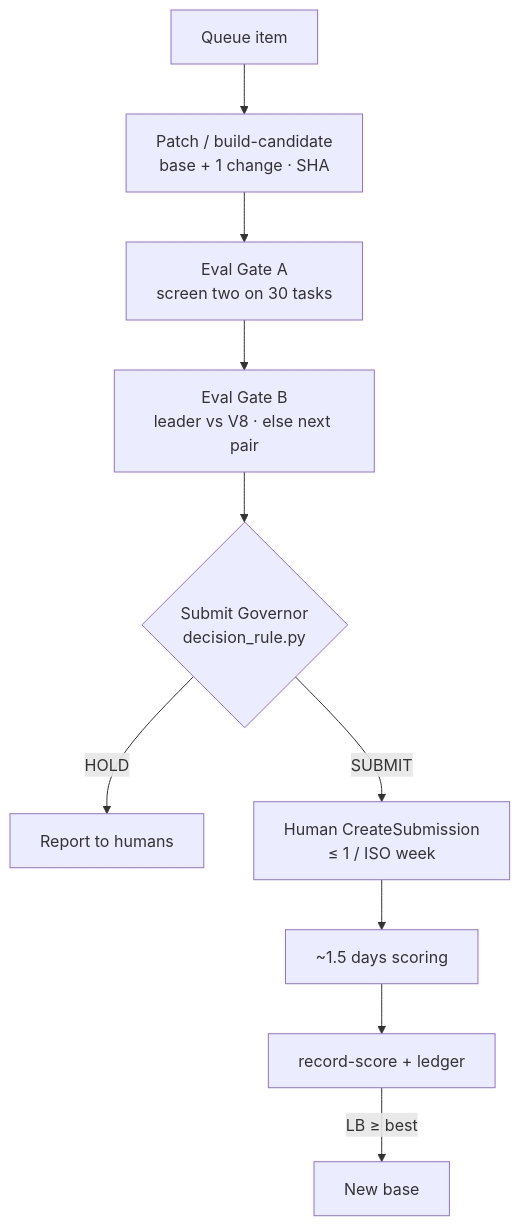
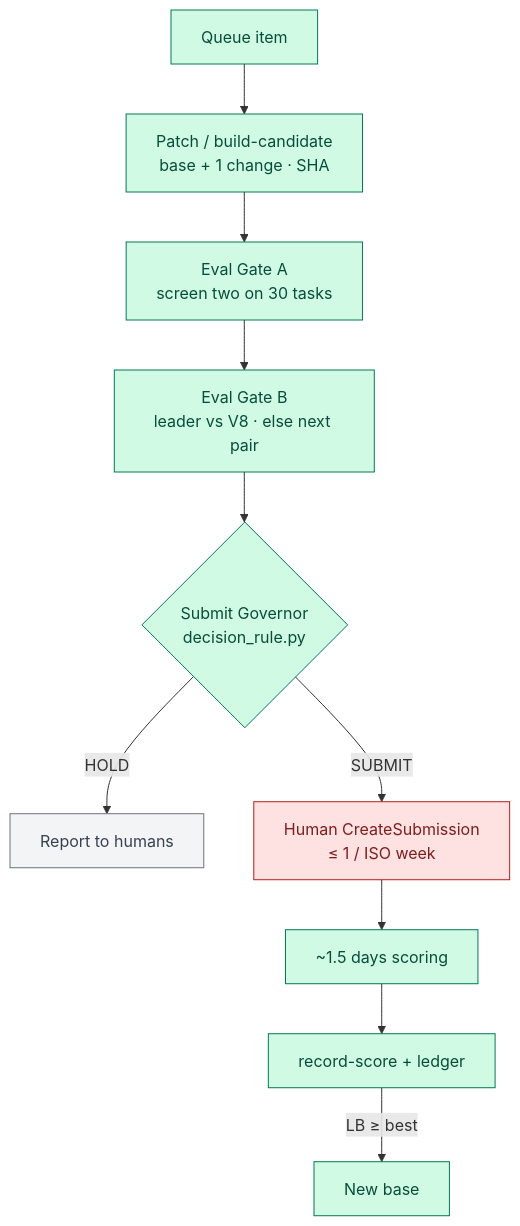
Before and after one commit to khaosans/noisegate-gemma4-factory: the second of 7 diagrams in docs/wiki/Architecture.md, drawn with Mermaid. The commit also changed other lines of this file and 7 other files, not shown here.

First line of the commit message:
release: v1.0.0-beta.1 + Mermaid color legends

````diff
--- a/docs/wiki/Architecture.md
+++ b/docs/wiki/Architecture.md
@@ -53,12 +71,19 @@
 ```mermaid
 flowchart TB
   Q[Queue item] --> BC[Patch / build-candidate<br/>base + 1 change · SHA]
   BC --> GA[Eval Gate A<br/>screen two on 30 tasks]
   GA --> GB[Eval Gate B<br/>leader vs V8 · else next pair]
   GB --> WD{Submit Governor<br/>decision_rule.py}
   WD -->|HOLD| RH[Report to humans]
   WD -->|SUBMIT| CS[Human CreateSubmission<br/>≤ 1 / ISO week]
   CS --> Wait[~1.5 days scoring]
   Wait --> RS[record-score + ledger]
   RS -->|LB ≥ best| NB[New base]
+
+  classDef factory fill:#D1FAE5,stroke:#047857,color:#064E3B
+  classDef hitl fill:#FEE2E2,stroke:#B91C1C,color:#7F1D1D
+  classDef hold fill:#F3F4F6,stroke:#6B7280,color:#374151
+  class Q,BC,GA,GB,WD,RS,NB,Wait factory
+  class CS hitl
+  class RH hold
 ```
````
